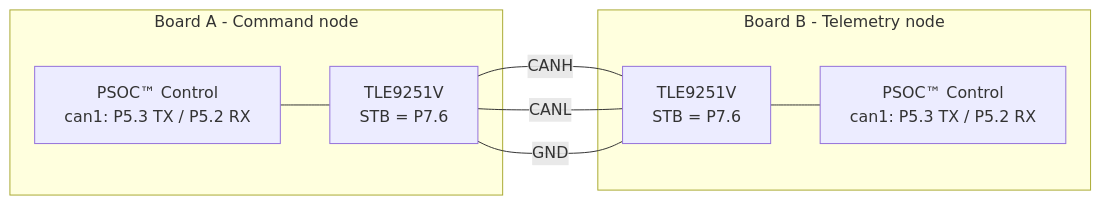
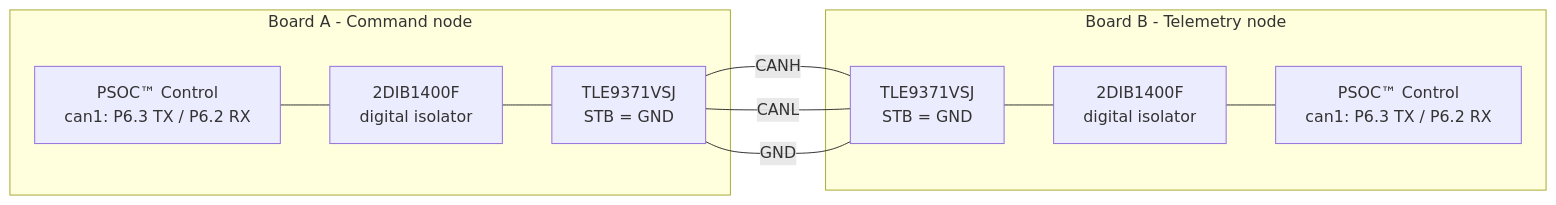
The second of 2 diagrams in docs/psoc-control-can-lab.md (ClarkJ-Infineon/devcon-training-2026), drawn with Mermaid before and after one commit. The commit also changed other lines of this file and 33 other files, not shown here.

````diff
--- a/docs/psoc-control-can-lab.md
+++ b/docs/psoc-control-can-lab.md
@@ -354,16 +353,18 @@
 ```mermaid
 flowchart LR
     subgraph BoardA[Board A - Command node]
-        A_M["PSOC™ Control<br/>can1: P5.3 TX / P5.2 RX"]
-        A_T["TLE9251V<br/>STB = P7.6"]
-        A_M --- A_T
+        A_M["PSOC™ Control<br/>can1: P6.3 TX / P6.2 RX"]
+        A_I["2DIB1400F<br/>digital isolator"]
+        A_T["TLE9371VSJ<br/>STB = GND"]
+        A_M --- A_I --- A_T
     end
     subgraph BoardB[Board B - Telemetry node]
-        B_T["TLE9251V<br/>STB = P7.6"]
-        B_M["PSOC™ Control<br/>can1: P5.3 TX / P5.2 RX"]
-        B_T --- B_M
+        B_T["TLE9371VSJ<br/>STB = GND"]
+        B_I["2DIB1400F<br/>digital isolator"]
+        B_M["PSOC™ Control<br/>can1: P6.3 TX / P6.2 RX"]
+        B_T --- B_I --- B_M
     end
     A_T -- CANH --- B_T
     A_T -- CANL --- B_T
     A_T -- GND --- B_T
 ```
````
